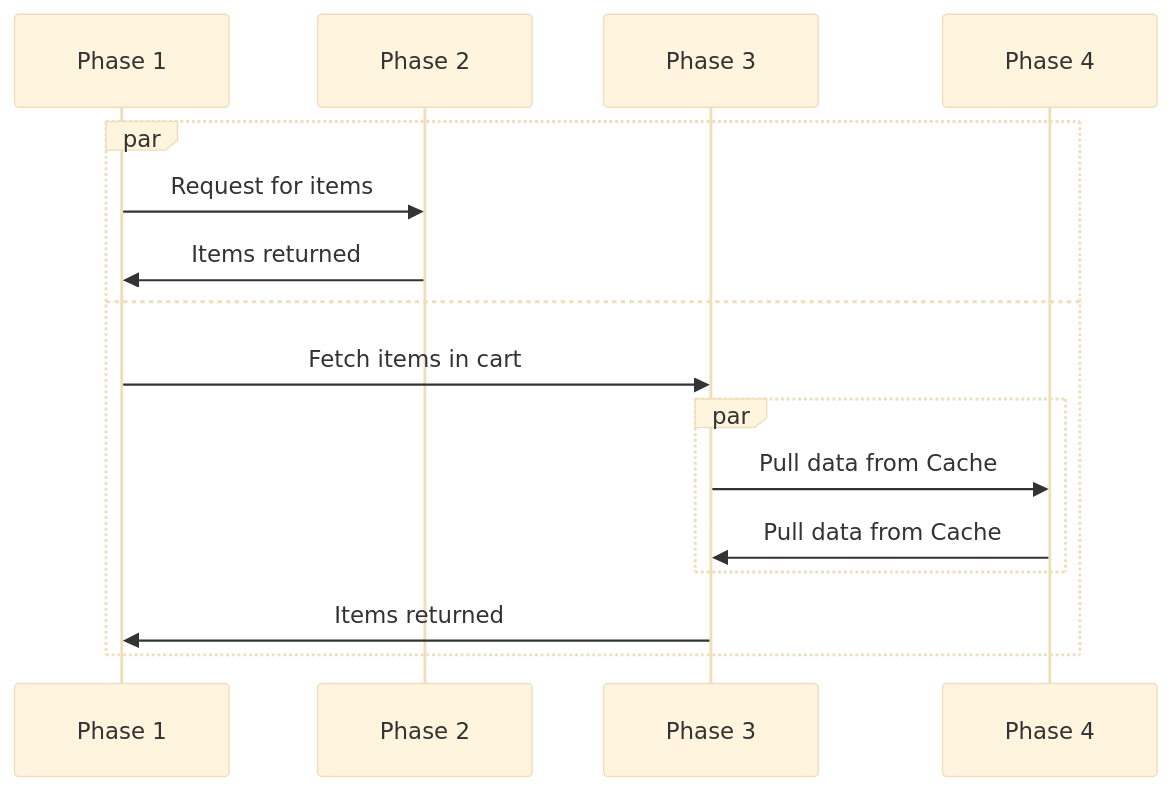
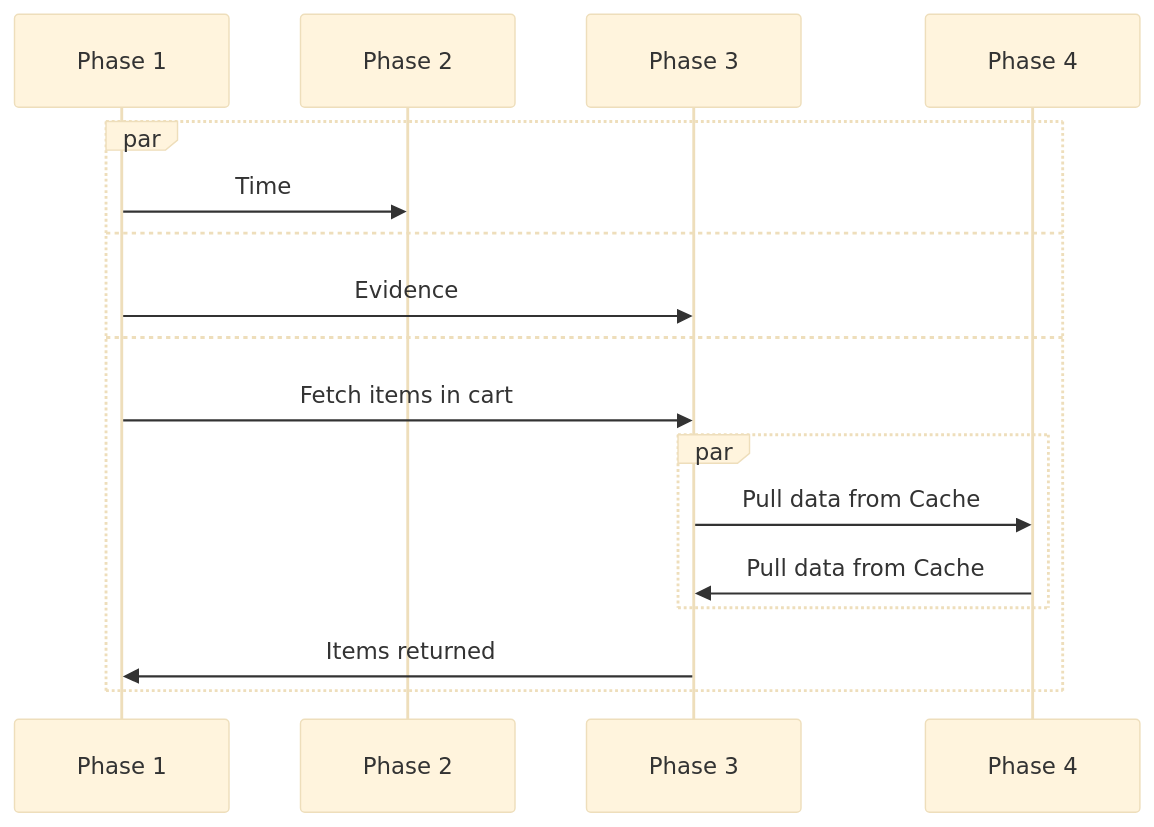
The second of 2 diagrams in blueprint.md (mgifford/mermaid-graphs), drawn with Mermaid (base theme) before and after one commit.

````diff
--- a/blueprint.md
+++ b/blueprint.md
@@ -23,14 +23,15 @@
 ```mermaid
 sequenceDiagram
     par 
-        Phase 1->>Phase 2: Request for items
-    Phase 2->>Phase 1: Items returned
+        Phase 1->>Phase 2: Time
+    and
+        Phase 1->>Phase 3: Evidence
     and 
         Phase 1->>Phase 3: Fetch items in cart
         par 
             Phase 3->>Phase 4: Pull data from Cache
             Phase 4->>Phase 3: Pull data from Cache
         end
-    Phase 3->>Phase 1: Items returned
+        Phase 3->>Phase 1: Items returned
     end
 ```
````
